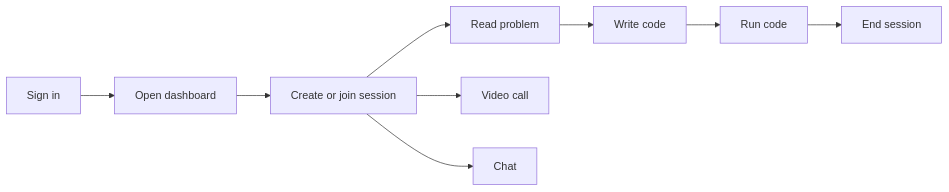
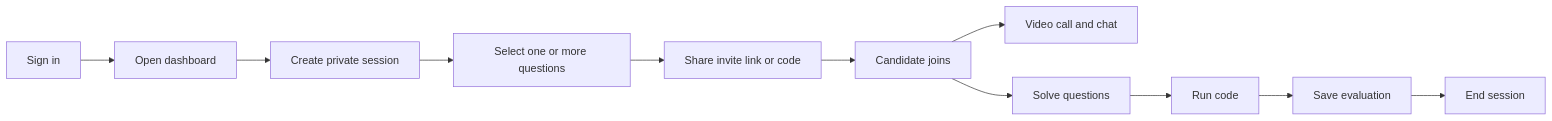
One commit to ShivamXroy/Intervo changed the first of 3 diagrams in README.md. Above: the diagram before and after it, drawn with Mermaid. The commit also changed other lines of this file and 12 other files, not shown here.

Commit message:
Add private interview session workflow

````diff
--- a/README.md
+++ b/README.md
@@ -46,11 +50,13 @@
 ```mermaid
 flowchart LR
     A["Sign in"] --> B["Open dashboard"]
-    B --> C["Create or join session"]
-    C --> D["Read problem"]
-    D --> E["Write code"]
-    E --> F["Run code"]
-    C --> G["Video call"]
-    C --> H["Chat"]
-    F --> I["End session"]
+    B --> C["Create private session"]
+    C --> D["Select one or more questions"]
+    D --> E["Share invite link or code"]
+    E --> F["Candidate joins"]
+    F --> G["Video call and chat"]
+    F --> H["Solve questions"]
+    H --> I["Run code"]
+    I --> J["Save evaluation"]
+    J --> K["End session"]
 ```
````
